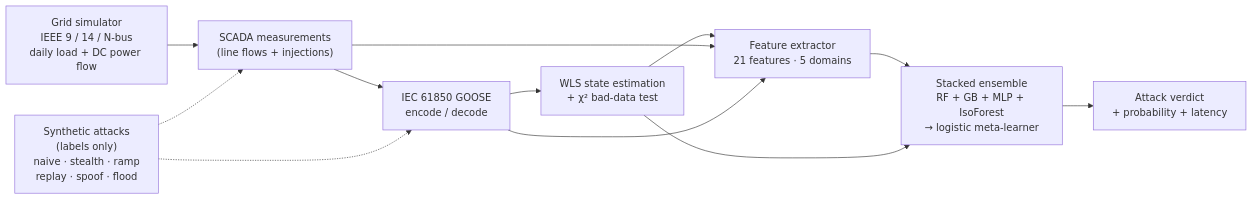
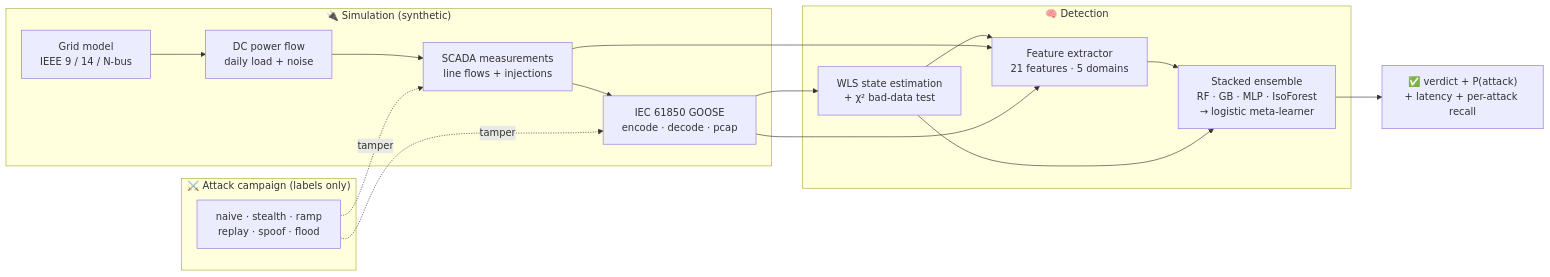
The diagram in gridsentinel/README.md (Lohit-18/GridSentinel), drawn with Mermaid before and after one commit. The commit also changed other lines of this file, not shown here.

````diff
--- a/gridsentinel/README.md
+++ b/gridsentinel/README.md
@@ -98,14 +168,23 @@
 ```mermaid
 flowchart LR
-    A["Grid simulator<br/>IEEE 9 / 14 / N-bus<br/>daily load + DC power flow"] --> B["SCADA measurements<br/>(line flows + injections)"]
-    B --> C["IEC 61850 GOOSE<br/>encode / decode"]
-    ATK["Synthetic attacks<br/>(labels only)<br/>naive · stealth · ramp<br/>replay · spoof · flood"] -.-> B
-    ATK -.-> C
-    C --> D["WLS state estimation<br/>+ χ² bad-data test"]
-    D --> E["Feature extractor<br/>21 features · 5 domains"]
-    B --> E
-    C --> E
-    E --> F["Stacked ensemble<br/>RF + GB + MLP + IsoForest<br/>→ logistic meta-learner"]
-    D --> F
-    F --> G["Attack verdict<br/>+ probability + latency"]
+    subgraph SIM["🔌 Simulation (synthetic)"]
+        A["Grid model<br/>IEEE 9 / 14 / N-bus"] --> B["DC power flow<br/>daily load + noise"]
+        B --> Z["SCADA measurements<br/>line flows + injections"]
+        Z --> G["IEC 61850 GOOSE<br/>encode · decode · pcap"]
+    end
+    subgraph ATK["⚔️ Attack campaign (labels only)"]
+        K["naive · stealth · ramp<br/>replay · spoof · flood"]
+    end
+    K -.tamper.-> Z
+    K -.tamper.-> G
+    subgraph DET["🧠 Detection"]
+        SE["WLS state estimation<br/>+ χ² bad-data test"]
+        FE["Feature extractor<br/>21 features · 5 domains"]
+        EN["Stacked ensemble<br/>RF · GB · MLP · IsoForest<br/>→ logistic meta-learner"]
+    end
+    G --> SE --> FE --> EN
+    Z --> FE
+    G --> FE
+    SE --> EN
+    EN --> OUT["✅ verdict + P(attack)<br/>+ latency + per-attack recall"]
 ```
````
